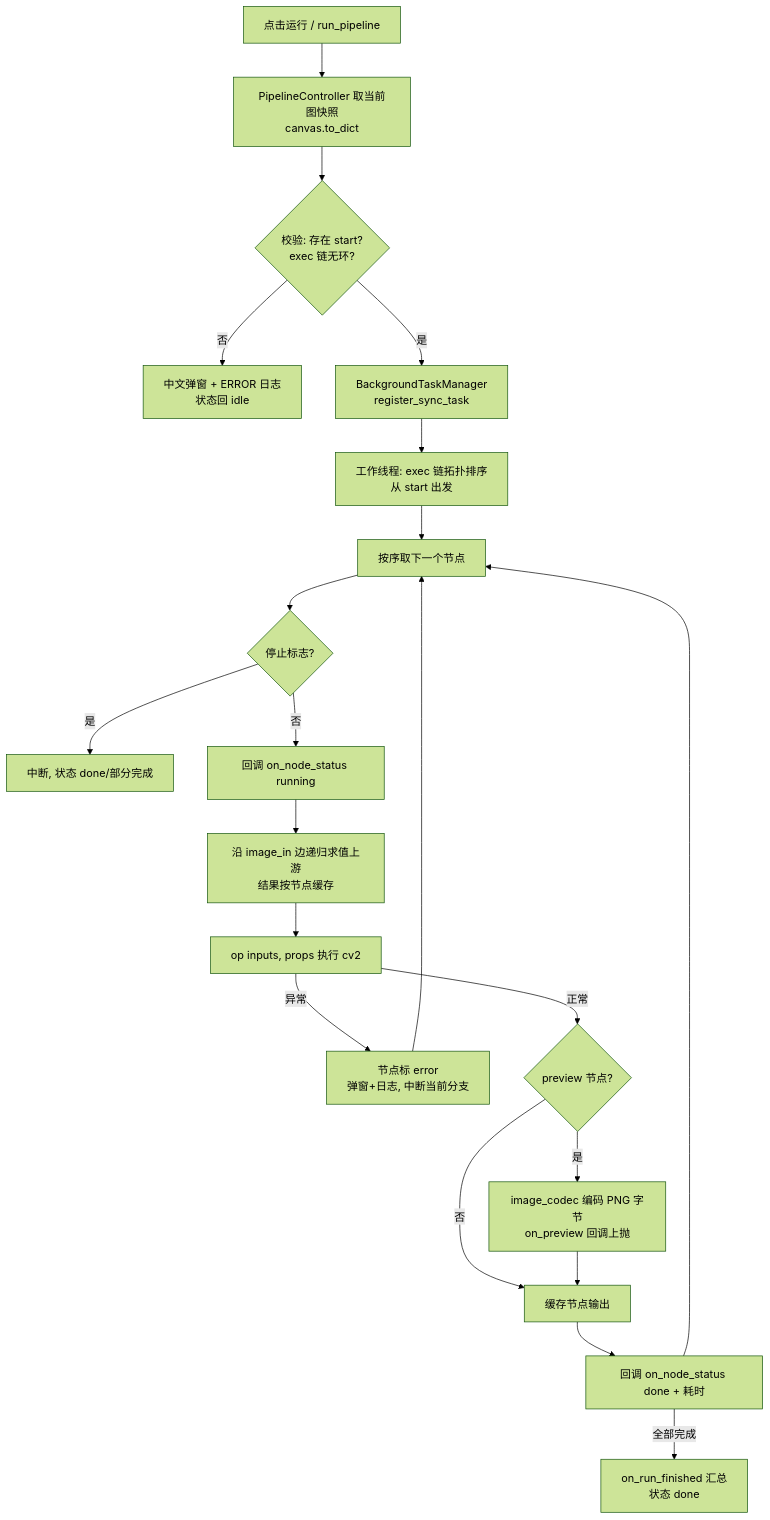
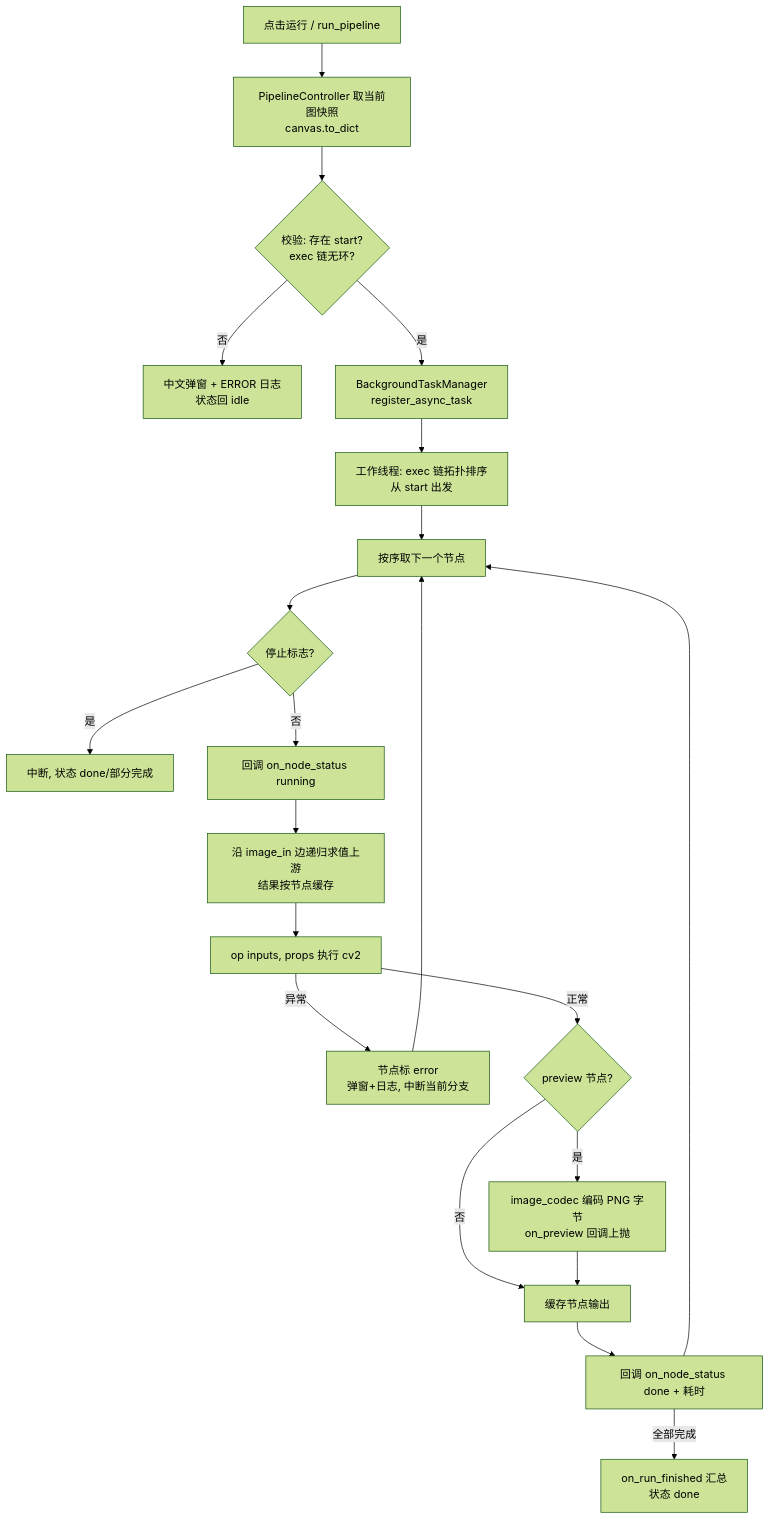
Before and after one commit to KKPIP-Tech/instructionx-debug-plugin-cluster: the first of 4 diagrams in blueprint_opencv/docs/req/2026-07-30/SPEC-blueprint-opencv-20260730.md, drawn with Mermaid (forest theme). The commit also changed other lines of this file and 3 other files, not shown here.

````diff
--- a/blueprint_opencv/docs/req/2026-07-30/SPEC-blueprint-opencv-20260730.md
+++ b/blueprint_opencv/docs/req/2026-07-30/SPEC-blueprint-opencv-20260730.md
@@ -214,23 +229,23 @@
 ```mermaid
 flowchart TD
     A[点击运行 / run_pipeline] --> B[PipelineController 取当前图快照<br/>canvas.to_dict]
     B --> C{校验: 存在 start?<br/>exec 链无环?}
     C -- 否 --> C1[中文弹窗 + ERROR 日志<br/>状态回 idle]
-    C -- 是 --> D[BackgroundTaskManager<br/>register_sync_task]
+    C -- 是 --> D[BackgroundTaskManager<br/>register_async_task]
     D --> E[工作线程: exec 链拓扑排序<br/>从 start 出发]
     E --> F[按序取下一个节点]
     F --> G{停止标志?}
     G -- 是 --> G1[中断, 状态 done/部分完成]
     G -- 否 --> H[回调 on_node_status running]
     H --> I[沿 image_in 边递归求值上游<br/>结果按节点缓存]
     I --> J[op inputs, props 执行 cv2]
     J -->|异常| J1[节点标 error<br/>弹窗+日志, 中断当前分支]
     J -->|正常| K{preview 节点?}
     K -- 是 --> L[image_codec 编码 PNG 字节<br/>on_preview 回调上抛]
     K -- 否 --> M[缓存节点输出]
     L --> M
     M --> N[回调 on_node_status done + 耗时]
     N --> F
     N -->|全部完成| O[on_run_finished 汇总<br/>状态 done]
     J1 --> F
 ```
````
